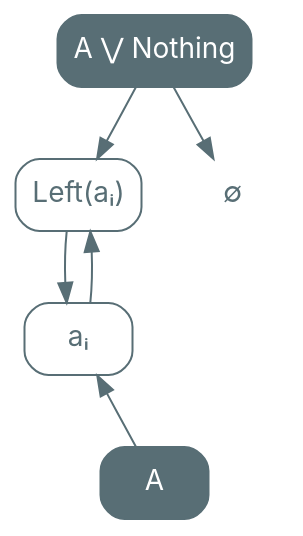
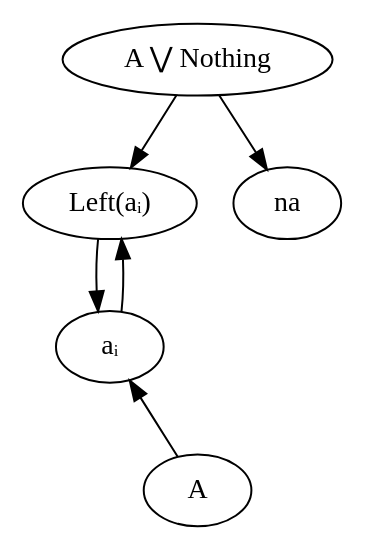
The diagram in src/graphviz/a_or_nothing.dot (nrinaudo/far-more-adt), drawn with Graphviz before and after one commit. The commit also changed 70 other files, not shown here.

Commit message:
Use graphviz stylesheets

```diff
--- a/src/graphviz/a_or_nothing.dot
+++ b/src/graphviz/a_or_nothing.dot
@@ -1,26 +1,19 @@
 digraph {
-    bgcolor=transparent
-
-    // Default theme: enabled
-    node[shape="rectangle" style="rounded,filled" color="#586E75" fillcolor="#586E75" fontcolor="#ffffff" fontname="Inter,Arial"]
-    edge [color="#586E75" fontcolor="#000000" fontname="Inter,Arial" fontsize=11]
-
     AorNothing[label="A ⋁ Nothing"]
-    LeftA[label="Left(aᵢ)" fillcolor="#ffffff" fontcolor="#586E75"]
-    na[label="∅" style="" fillcolor="transparent" color="transparent" fontcolor="#586E75"]
+    LeftA[label="Left(aᵢ)" class="value"]
+    na[class="na,value"]
 
     AorNothing -> LeftA
     AorNothing -> na
 
-
-    na2[label="" style="" fillcolor="transparent" color="transparent" fontcolor="transparent"]
-    a[label="aᵢ" fillcolor="#ffffff" fontcolor="#586E75"]
+    na2[class="na,value" style=invis]
+    a[label="aᵢ" class="value"]
 
     na2 -> A[style=invis]
     a -> A[dir=back]
 
     a -> LeftA
     LeftA -> a
     na2 -> na[style=invis]
     na -> na2[style=invis]
 }
```
